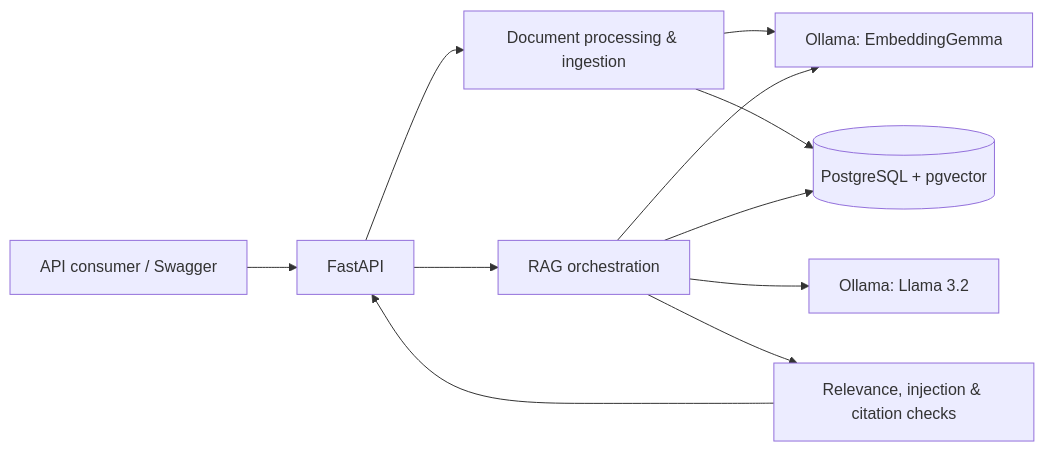
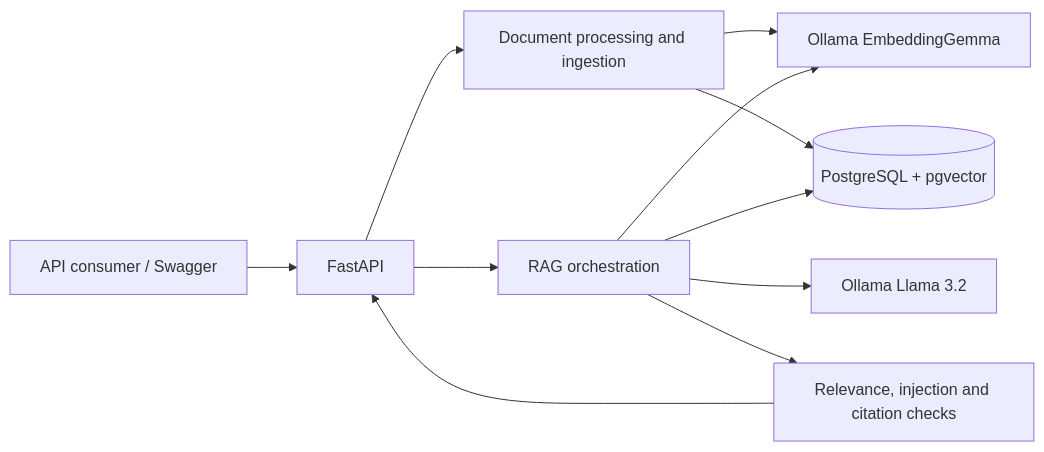
One commit to hidayatarg/enterprise-rag changed the first of 5 diagrams in readme.md. Above: the diagram before and after it, drawn with Mermaid. The commit also changed other lines of this file, not shown here.

````diff
--- a/readme.md
+++ b/readme.md
@@ -71,25 +63,13 @@
 ```mermaid
-
 flowchart LR
-
-    U[API consumer / Swagger] --> API[FastAPI]
-
-    API --> ING[Document processing & ingestion]
-
+    U["API consumer / Swagger"] --> API[FastAPI]
+    API --> ING["Document processing and ingestion"]
     API --> RAG[RAG orchestration]
-
-    ING --> EMB[Ollama: EmbeddingGemma]
-
+    ING --> EMB["Ollama EmbeddingGemma"]
     ING --> DB[(PostgreSQL + pgvector)]
-
     RAG --> EMB
-
     RAG --> DB
-
-    RAG --> LLM[Ollama: Llama 3.2]
-
-    RAG --> VAL[Relevance, injection & citation checks]
-
+    RAG --> LLM["Ollama Llama 3.2"]
+    RAG --> VAL["Relevance, injection and citation checks"]
     VAL --> API
-
 ```
````
